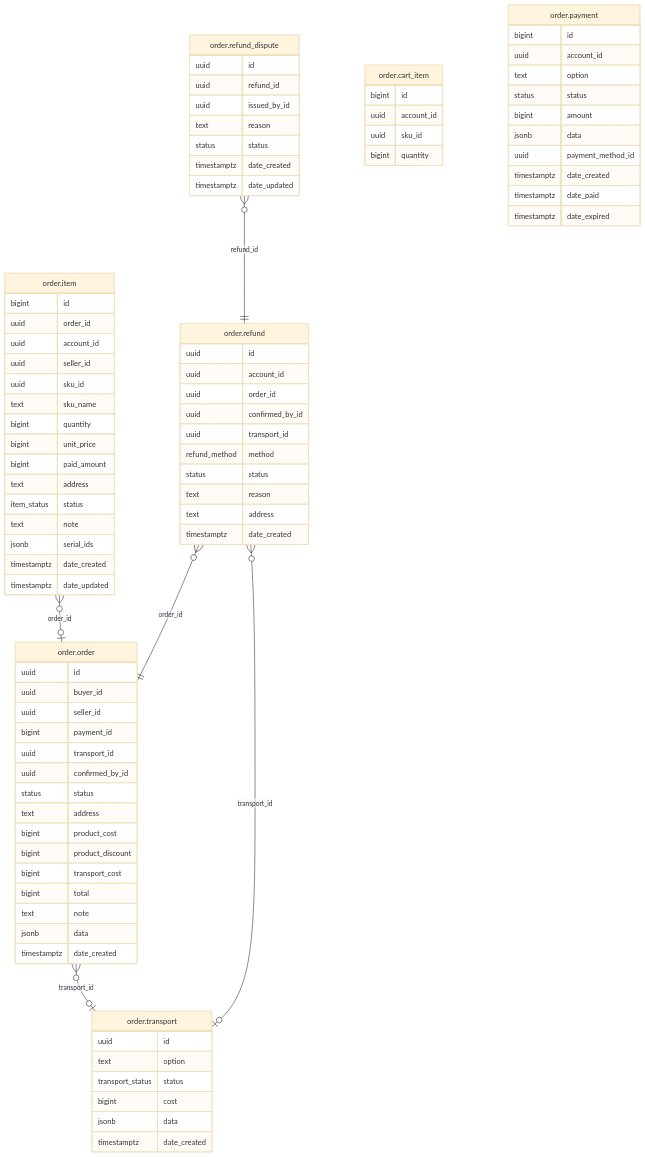
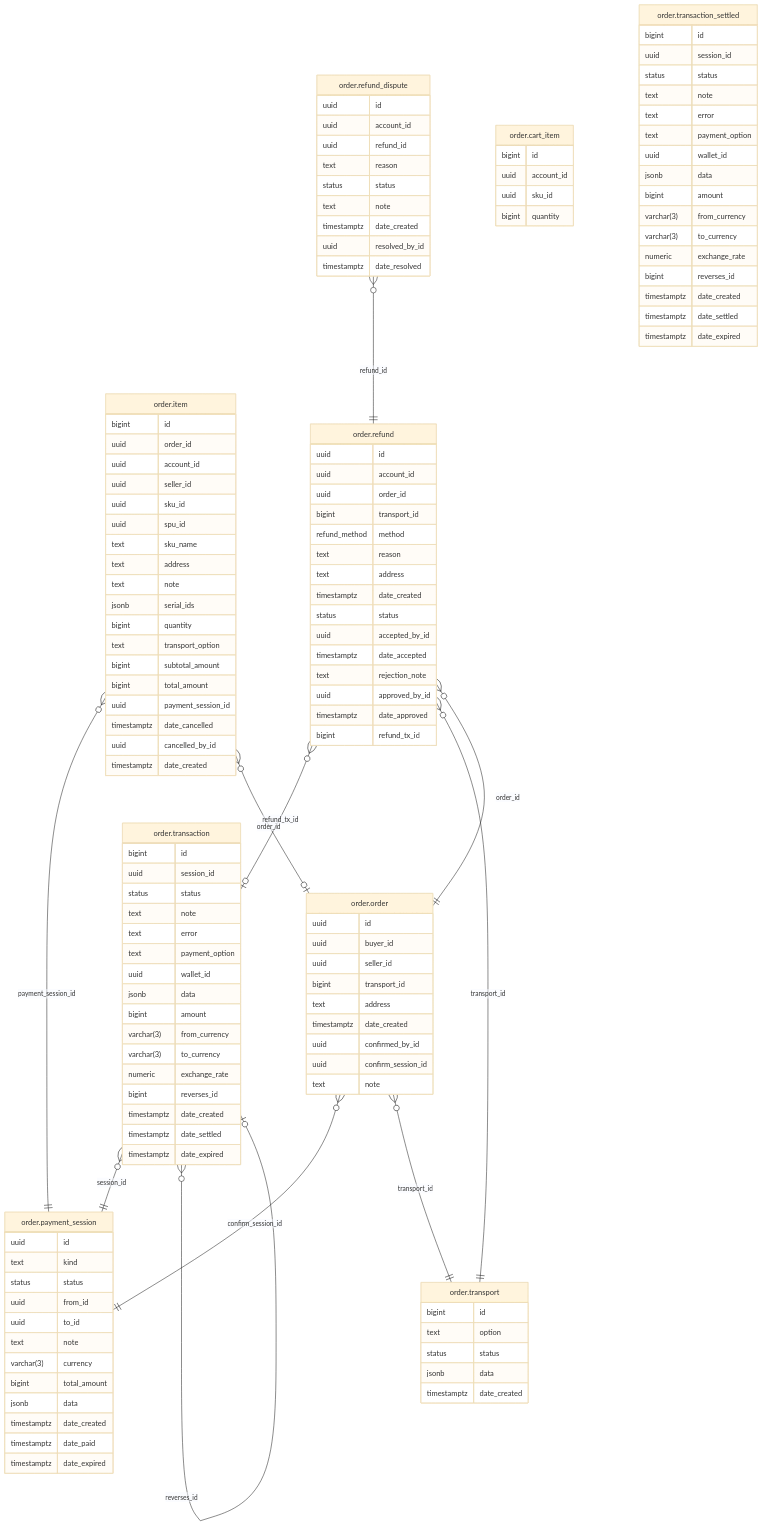
The diagram in internal/module/order/README.md (shopnexus/shopnexus-server), drawn with Mermaid (base theme) before and after one commit. The commit also changed 8 other files, not shown here.

Commit message:
update schema

````diff
--- a/internal/module/order/README.md
+++ b/internal/module/order/README.md
@@ -10,8 +10,13 @@
 ```mermaid
 erDiagram
-"order.order" }o--|o "order.transport" : "transport_id"
+"order.transaction" }o--|| "order.payment_session" : "session_id"
+"order.transaction" }o--|o "order.transaction" : "reverses_id"
+"order.order" }o--|| "order.payment_session" : "confirm_session_id"
+"order.order" }o--|| "order.transport" : "transport_id"
+"order.item" }o--|| "order.payment_session" : "payment_session_id"
 "order.item" }o--|o "order.order" : "order_id"
-"order.refund" }o--|o "order.transport" : "transport_id"
+"order.refund" }o--|o "order.transaction" : "refund_tx_id"
+"order.refund" }o--|| "order.transport" : "transport_id"
 "order.refund" }o--|| "order.order" : "order_id"
 "order.refund_dispute" }o--|| "order.refund" : "refund_id"
 
@@ -27,42 +32,41 @@
   uuid account_id
   uuid seller_id
   uuid sku_id
+  uuid spu_id
   text sku_name
-  bigint quantity
-  bigint unit_price
-  bigint paid_amount
   text address
-  item_status status
   text note
   jsonb serial_ids
+  bigint quantity
+  text transport_option
+  bigint subtotal_amount
+  bigint total_amount
+  uuid payment_session_id
+  timestamptz date_cancelled
+  uuid cancelled_by_id
   timestamptz date_created
-  timestamptz date_updated
 }
 "order.order" {
   uuid id
   uuid buyer_id
   uuid seller_id
-  bigint payment_id
-  uuid transport_id
+  bigint transport_id
+  text address
+  timestamptz date_created
   uuid confirmed_by_id
+  uuid confirm_session_id
+  text note
+}
+"order.payment_session" {
+  uuid id
+  text kind
   status status
-  text address
-  bigint product_cost
-  bigint product_discount
-  bigint transport_cost
-  bigint total
+  uuid from_id
+  uuid to_id
   text note
+  varchar(3) currency
+  bigint total_amount
   jsonb data
-  timestamptz date_created
-}
-"order.payment" {
-  bigint id
-  uuid account_id
-  text option
-  status status
-  bigint amount
-  jsonb data
-  uuid payment_method_id
   timestamptz date_created
   timestamptz date_paid
   timestamptz date_expired
@@ -71,28 +75,70 @@
   uuid id
   uuid account_id
   uuid order_id
-  uuid confirmed_by_id
-  uuid transport_id
+  bigint transport_id
   refund_method method
-  status status
   text reason
   text address
   timestamptz date_created
+  status status
+  uuid accepted_by_id
+  timestamptz date_accepted
+  text rejection_note
+  uuid approved_by_id
+  timestamptz date_approved
+  bigint refund_tx_id
 }
 "order.refund_dispute" {
   uuid id
+  uuid account_id
   uuid refund_id
-  uuid issued_by_id
   text reason
   status status
+  text note
   timestamptz date_created
-  timestamptz date_updated
+  uuid resolved_by_id
+  timestamptz date_resolved
+}
+"order.transaction" {
+  bigint id
+  uuid session_id
+  status status
+  text note
+  text error
+  text payment_option
+  uuid wallet_id
+  jsonb data
+  bigint amount
+  varchar(3) from_currency
+  varchar(3) to_currency
+  numeric exchange_rate
+  bigint reverses_id
+  timestamptz date_created
+  timestamptz date_settled
+  timestamptz date_expired
+}
+"order.transaction_settled" {
+  bigint id
+  uuid session_id
+  status status
+  text note
+  text error
+  text payment_option
+  uuid wallet_id
+  jsonb data
+  bigint amount
+  varchar(3) from_currency
+  varchar(3) to_currency
+  numeric exchange_rate
+  bigint reverses_id
+  timestamptz date_created
+  timestamptz date_settled
+  timestamptz date_expired
 }
 "order.transport" {
-  uuid id
+  bigint id
   text option
-  transport_status status
-  bigint cost
+  status status
   jsonb data
   timestamptz date_created
 }
````
